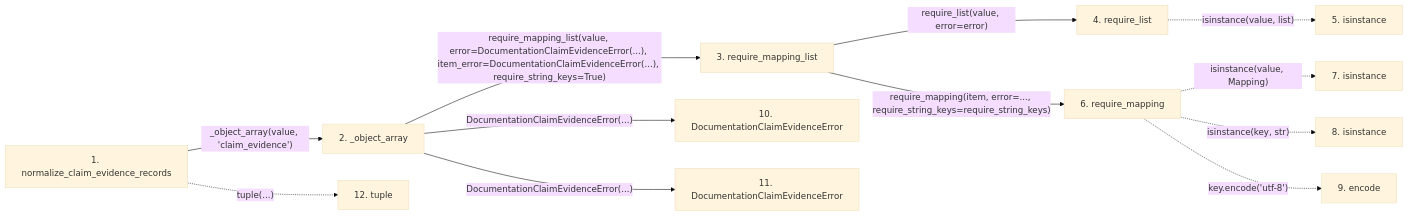
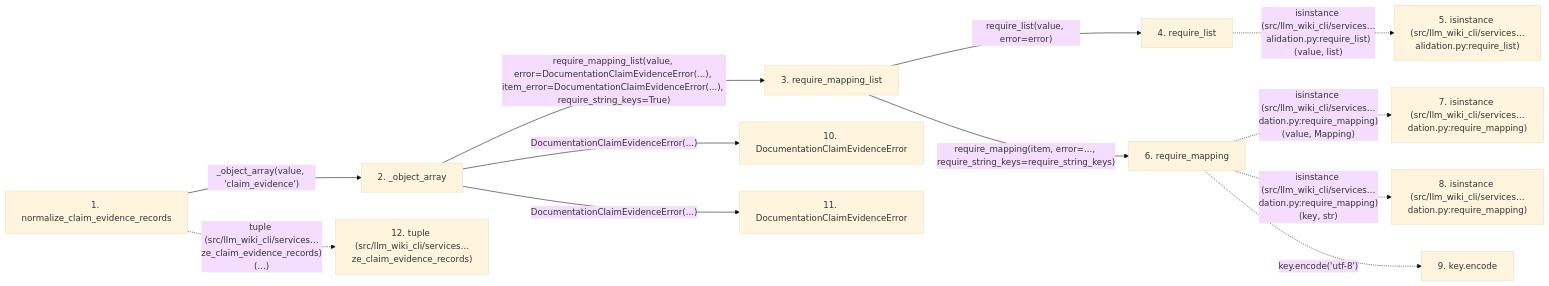
The second of 2 diagrams in docs/llm_wiki/flows/api-normalize_claim_evidence_records.md (Denissvgn/python-wiki-llm), drawn with Mermaid (base theme) before and after one commit. The commit also changed other lines of this file and 719 other files, not shown here.

````diff
--- a/docs/llm_wiki/flows/api-normalize_claim_evidence_records.md
+++ b/docs/llm_wiki/flows/api-normalize_claim_evidence_records.md
@@ -69,33 +72,33 @@
 ```mermaid
 flowchart LR
     s1["1. normalize_claim_evidence_records"]
     s2["2. _object_array"]
     s3["3. require_mapping_list"]
     s4["4. require_list"]
-    s5["5. isinstance"]
+    s5["5. isinstance (src/llm_wiki_cli/services…alidation.py:require_list)"]
     s6["6. require_mapping"]
-    s7["7. isinstance"]
-    s8["8. isinstance"]
-    s9["9. encode"]
+    s7["7. isinstance (src/llm_wiki_cli/services…dation.py:require_mapping)"]
+    s8["8. isinstance (src/llm_wiki_cli/services…dation.py:require_mapping)"]
+    s9["9. key.encode"]
     s10["10. DocumentationClaimEvidenceError"]
     s11["11. DocumentationClaimEvidenceError"]
-    s12["12. tuple"]
+    s12["12. tuple (src/llm_wiki_cli/services…ze_claim_evidence_records)"]
     s1 -->|"_object_array(value, 'claim_evidence')"| s2
     s2 -->|"require_mapping_list(value, error=DocumentationClaimEvidenceError(...), item_error=DocumentationClaimEvidenceError(...), require_string_keys=True)"| s3
     s3 -->|"require_list(value, error=error)"| s4
-    s4 -. "isinstance(value, list)" .-> s5
+    s4 -. "isinstance (src/llm_wiki_cli/services…alidation.py:require_list)(value, list)" .-> s5
     s3 -->|"require_mapping(item, error=..., require_string_keys=require_string_keys)"| s6
-    s6 -. "isinstance(value, Mapping)" .-> s7
-    s6 -. "isinstance(key, str)" .-> s8
+    s6 -. "isinstance (src/llm_wiki_cli/services…dation.py:require_mapping)(value, Mapping)" .-> s7
+    s6 -. "isinstance (src/llm_wiki_cli/services…dation.py:require_mapping)(key, str)" .-> s8
     s6 -. "key.encode('utf-8')" .-> s9
     s2 -->|"DocumentationClaimEvidenceError(...)"| s10
     s2 -->|"DocumentationClaimEvidenceError(...)"| s11
-    s1 -. "tuple(...)" .-> s12
+    s1 -. "tuple (src/llm_wiki_cli/services…ze_claim_evidence_records)(...)" .-> s12
     click s1 "../modules/documentation_claim_evidence.md"
     click s2 "../modules/documentation_claim_evidence.md"
     click s3 "../modules/validation.md"
     click s4 "../modules/validation.md"
     click s6 "../modules/validation.md"
     click s10 "../modules/documentation_claim_evidence.md"
     click s11 "../modules/documentation_claim_evidence.md"
 ```
````
